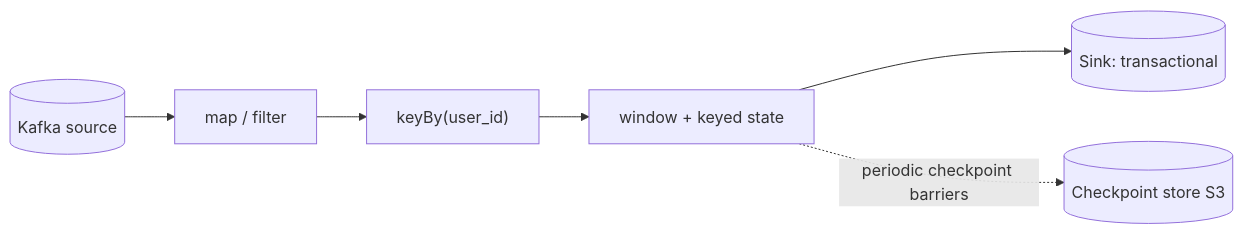
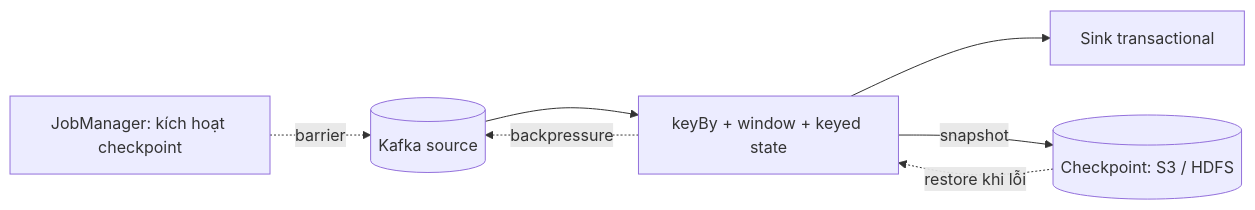
Before and after one commit to passion-Infinity/personal-tech-playbook: the diagram in src/assets/knowledge/playbooks/data-engineering/stream-processing-flink.md, drawn with Mermaid. The commit also changed other lines of this file and 6 other files, not shown here.

````diff
--- a/src/assets/knowledge/playbooks/data-engineering/stream-processing-flink.md
+++ b/src/assets/knowledge/playbooks/data-engineering/stream-processing-flink.md
@@ -17,8 +40,9 @@
 ```mermaid
 flowchart LR
-    K[(Kafka source)] --> M[map / filter]
-    M --> KB["keyBy(user_id)"]
-    KB --> W["window + keyed state"]
-    W --> S[("Sink: transactional")]
-    W -.->|"periodic checkpoint barriers"| CK[("Checkpoint store S3")]
+    K[("Kafka source")] --> OP["keyBy + window + keyed state"]
+    OP --> SK["Sink transactional"]
+    JM["JobManager: kích hoạt checkpoint"] -.->|barrier| K
+    OP -->|snapshot| CP[("Checkpoint: S3 / HDFS")]
+    CP -.->|"restore khi lỗi"| OP
+    OP -.->|"backpressure"| K
 ```
````
